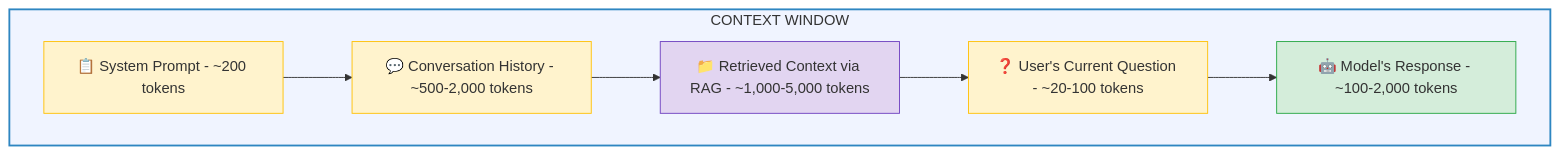
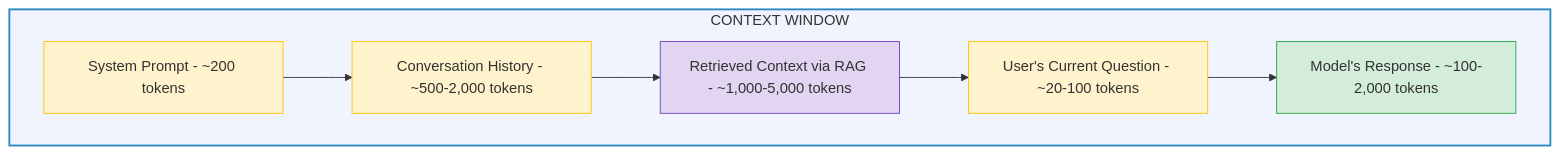
The diagram in docs/03-llms-explained.md (ithinktavo/GenAI-Engineering-Handbook), drawn with Mermaid before and after one commit. The commit also changed 10 other files, not shown here.

Commit message:
Diagram updates

````diff
--- a/docs/03-llms-explained.md
+++ b/docs/03-llms-explained.md
@@ -48,19 +48,19 @@
 ```mermaid
 graph TD
     subgraph CW["CONTEXT WINDOW"]
-        A["📋 System Prompt - ~200 tokens"]
-        B["💬 Conversation History - ~500-2,000 tokens"]
-        C["📁 Retrieved Context via RAG - ~1,000-5,000 tokens"]
-        D["❓ User's Current Question - ~20-100 tokens"]
-        E["🤖 Model's Response - ~100-2,000 tokens"]
+        A["System Prompt - ~200 tokens"]
+        B["Conversation History - ~500-2,000 tokens"]
+        C["Retrieved Context via RAG - ~1,000-5,000 tokens"]
+        D["User's Current Question - ~20-100 tokens"]
+        E["Model's Response - ~100-2,000 tokens"]
 
         A --> B --> C --> D --> E
     end
 
     style CW fill:#f0f4ff,stroke:#2E86C1,stroke-width:2px
     style A fill:#fff3cd,stroke:#ffc107,stroke-width:1px
     style B fill:#fff3cd,stroke:#ffc107,stroke-width:1px
     style C fill:#e2d5f1,stroke:#6f42c1,stroke-width:1px
     style D fill:#fff3cd,stroke:#ffc107,stroke-width:1px
     style E fill:#d4edda,stroke:#28a745,stroke-width:1px
 ```
````
